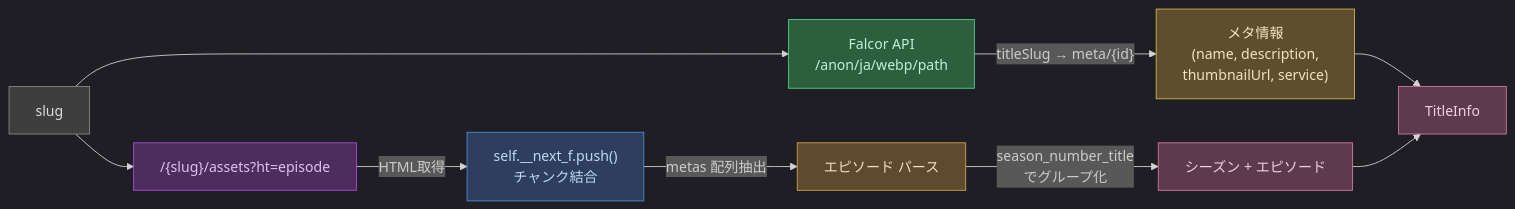
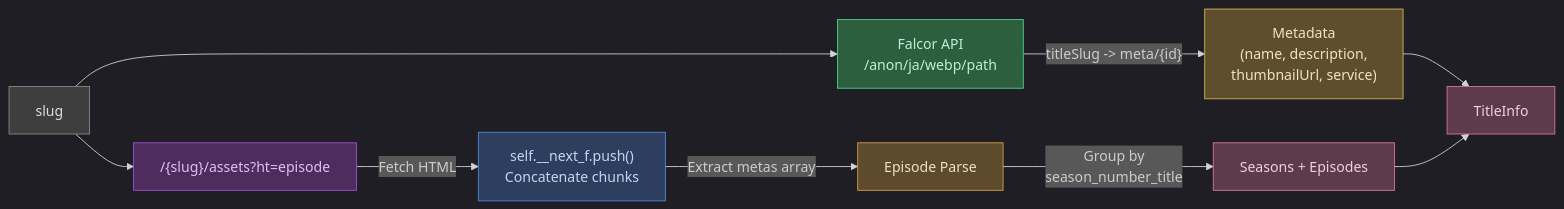
Before and after one commit to tkgstrator/anime-tracker: the fifth of 5 diagrams in README.md, drawn with Mermaid. The commit also changed other lines of this file and 1 other file, not shown here.

````diff
--- a/README.md
+++ b/README.md
@@ -182,23 +184,23 @@
 ```mermaid
 %%{init: {'theme': 'dark'}}%%
 graph LR
     Slug["slug"] --> Falcor["Falcor API<br/>/anon/ja/webp/path"]
     Slug --> RSC["/{slug}/assets?ht=episode"]
 
-    Falcor -->|"titleSlug → meta/{id}"| Meta["メタ情報<br/>(name, description,<br/>thumbnailUrl, service)"]
-    RSC -->|"HTML取得"| Chunks["self.__next_f.push()<br/>チャンク結合"]
-    Chunks -->|"metas 配列抽出"| EpParse["エピソード パース"]
-    EpParse -->|"season_number_title<br/>でグループ化"| Seasons["シーズン + エピソード"]
+    Falcor -->|"titleSlug -> meta/{id}"| Meta["Metadata<br/>(name, description,<br/>thumbnailUrl, service)"]
+    RSC -->|"Fetch HTML"| Chunks["self.__next_f.push()<br/>Concatenate chunks"]
+    Chunks -->|"Extract metas array"| EpParse["Episode Parse"]
+    EpParse -->|"Group by<br/>season_number_title"| Seasons["Seasons + Episodes"]
 
     Meta --> Result["TitleInfo"]
     Seasons --> Result
 
     style Slug fill:#3e3e3e,stroke:#888,color:#ddd
     style Falcor fill:#2d5e3e,stroke:#4cd48c,color:#c0f0d8
     style RSC fill:#4e2d5e,stroke:#a44cd4,color:#e0c0f0
     style Meta fill:#5e4e2d,stroke:#d4b44c,color:#f0e4c0
     style Chunks fill:#2d3e5e,stroke:#4c8cd4,color:#c0d8f0
     style EpParse fill:#5e4a2d,stroke:#d4a04c,color:#f0e0c0
     style Seasons fill:#5e3a4d,stroke:#d4789c,color:#f0d0e0
     style Result fill:#5e3a4d,stroke:#d4789c,color:#f0d0e0
 ```
````
